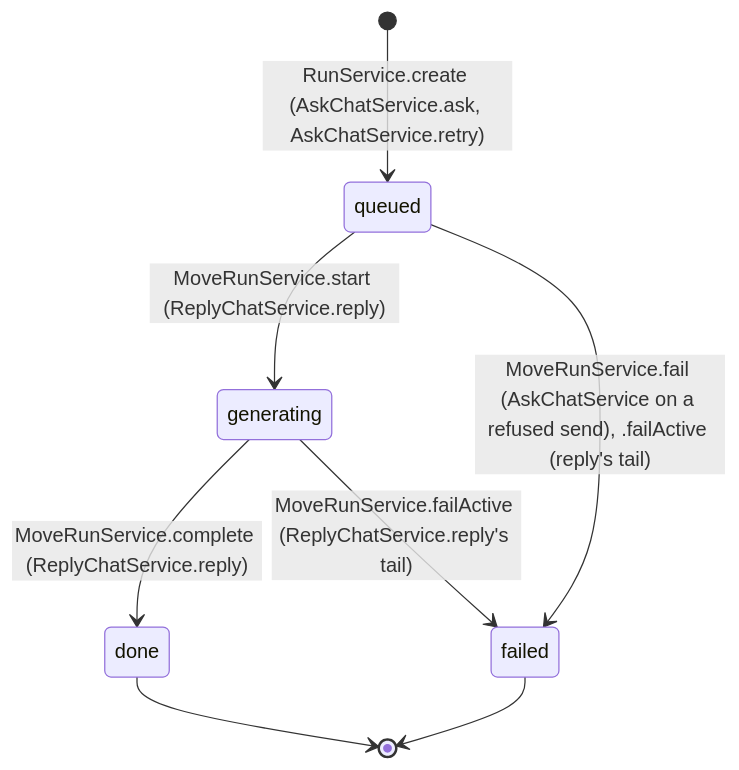
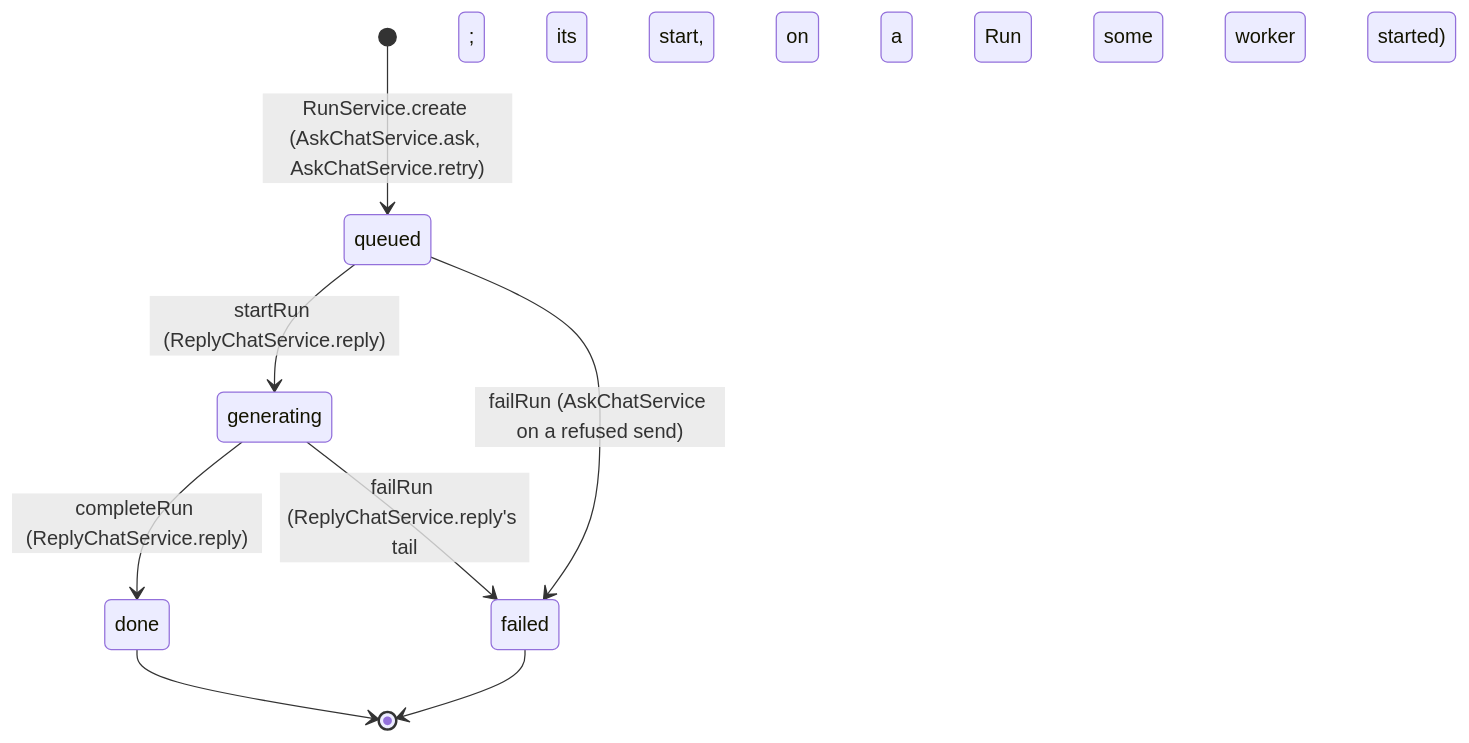
One commit to khotei/app-template changed the diagram in docs/knowledge/database.md. Above: the diagram before and after it, drawn with Mermaid. The commit also changed other lines of this file and 20 other files, not shown here.

````diff
--- a/docs/knowledge/database.md
+++ b/docs/knowledge/database.md
@@ -242,10 +242,10 @@
 ```mermaid
 stateDiagram-v2
   [*] --> queued: RunService.create (AskChatService.ask, AskChatService.retry)
-  queued --> generating: MoveRunService.start (ReplyChatService.reply)
-  queued --> failed: MoveRunService.fail (AskChatService on a refused send), .failActive (reply's tail)
-  generating --> done: MoveRunService.complete (ReplyChatService.reply)
-  generating --> failed: MoveRunService.failActive (ReplyChatService.reply's tail)
+  queued --> generating: startRun (ReplyChatService.reply)
+  queued --> failed: failRun (AskChatService on a refused send)
+  generating --> done: completeRun (ReplyChatService.reply)
+  generating --> failed: failRun (ReplyChatService.reply's tail; its start, on a Run some worker started)
   done --> [*]
   failed --> [*]
 ```
````
